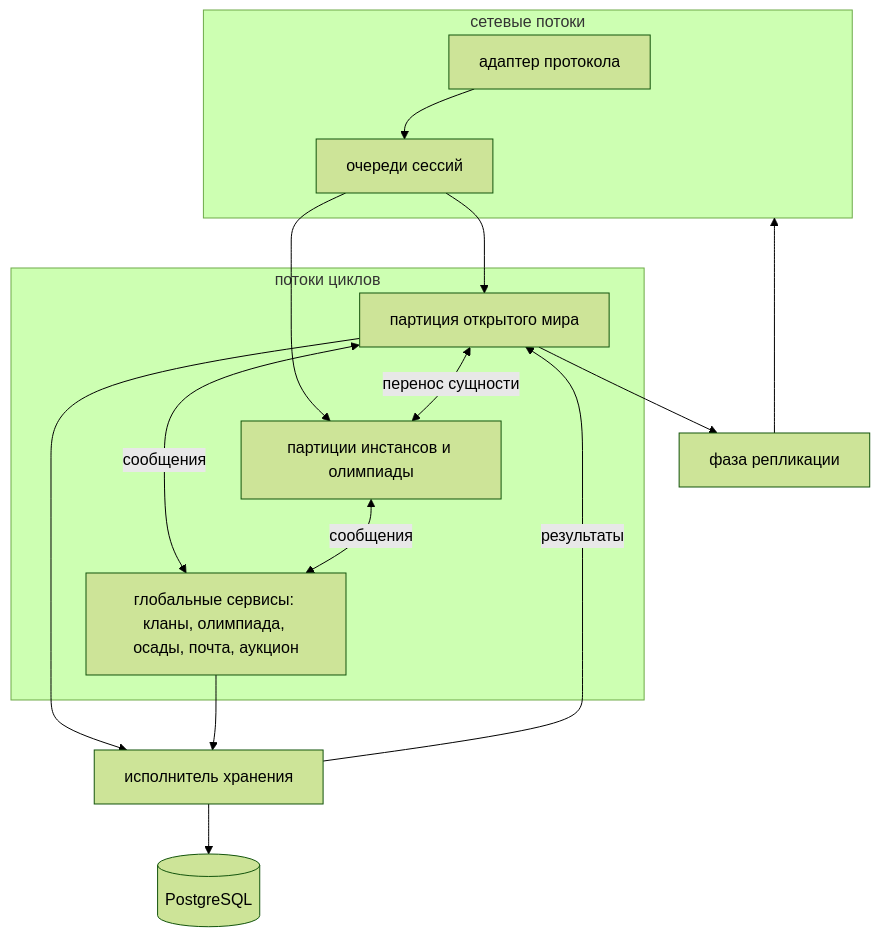
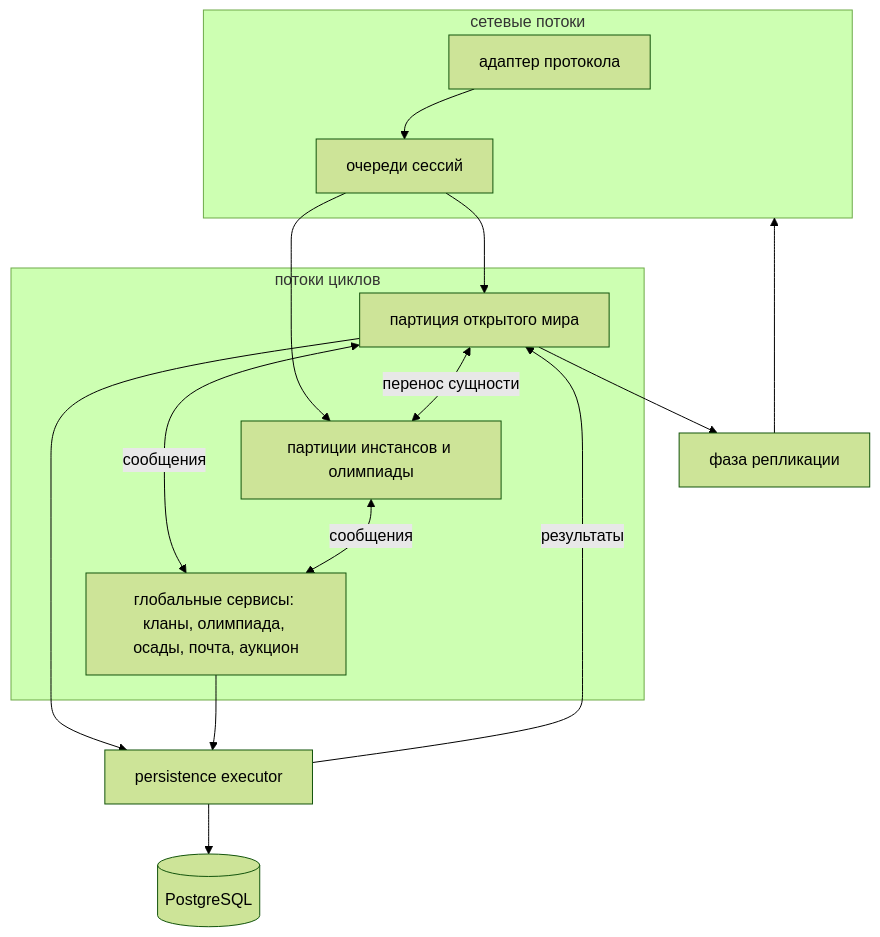
Before and after one commit to l2nx/nx-dev-web: the diagram in src/content/docs/ru/core/architecture.md, drawn with Mermaid (forest theme). The commit also changed other lines of this file and 7 other files, not shown here.

````diff
--- a/src/content/docs/ru/core/architecture.md
+++ b/src/content/docs/ru/core/architecture.md
@@ -30,20 +30,20 @@
 ```mermaid
 flowchart TB
   subgraph IO[сетевые потоки]
     C[адаптер протокола] --> SQ[очереди сессий]
   end
   SQ --> W
   SQ --> I
   subgraph Loops[потоки циклов]
     W[партиция открытого мира]
     I[партиции инстансов и олимпиады]
     G[глобальные сервисы: кланы, олимпиада, осады, почта, аукцион]
   end
   W <-->|сообщения| G
   I <-->|сообщения| G
   W <-->|перенос сущности| I
   W --> R[фаза репликации] --> IO
-  W --> P[исполнитель хранения] --> DB[(PostgreSQL)]
+  W --> P[persistence executor] --> DB[(PostgreSQL)]
   G --> P
   P -->|результаты| W
 ```
````
